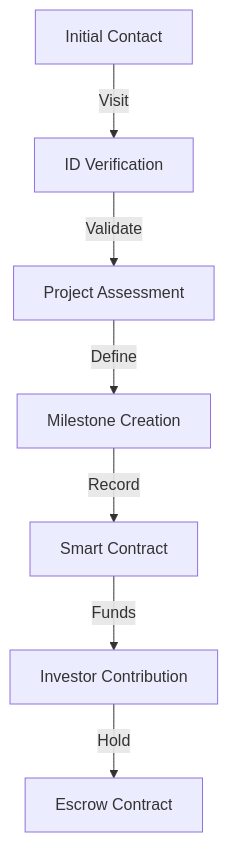
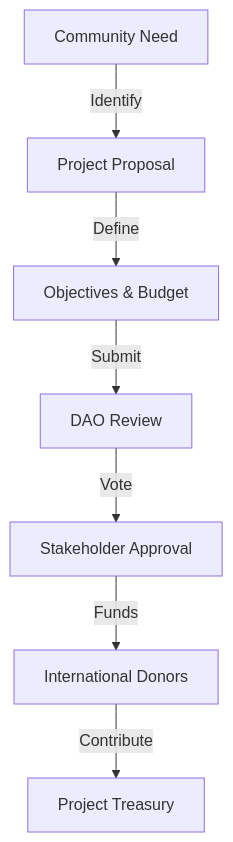
One commit to tapilew/equilibrio-alpha changed the sixth of 7 diagrams in README.md. Above: the diagram before and after it, drawn with Mermaid. The commit also changed other lines of this file, not shown here.

Commit message:
docs: pivot to eco-grant dao

````diff
--- a/README.md
+++ b/README.md
@@ -300,9 +397,9 @@
    ```mermaid
    graph TD
-       A[Initial Contact] -->|Visit| B[ID Verification]
-       B -->|Validate| C[Project Assessment]
-       C -->|Define| D[Milestone Creation]
-       D -->|Record| E[Smart Contract]
-       E -->|Funds| F[Investor Contribution]
-       F -->|Hold| G[Escrow Contract]
+       A[Community Need] -->|Identify| B[Project Proposal]
+       B -->|Define| C[Objectives & Budget]
+       C -->|Submit| D[DAO Review]
+       D -->|Vote| E[Stakeholder Approval]
+       E -->|Funds| F[International Donors]
+       F -->|Contribute| G[Project Treasury]
    ```
````
